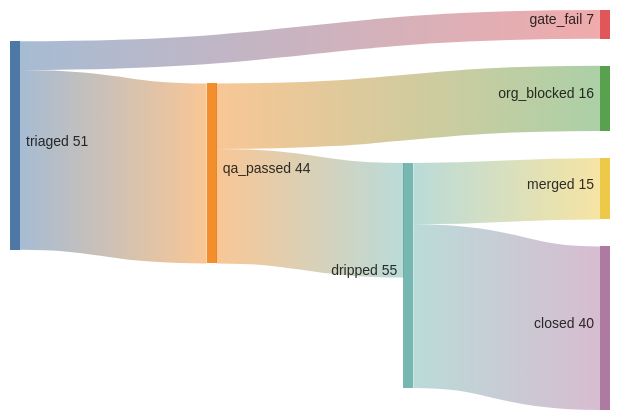
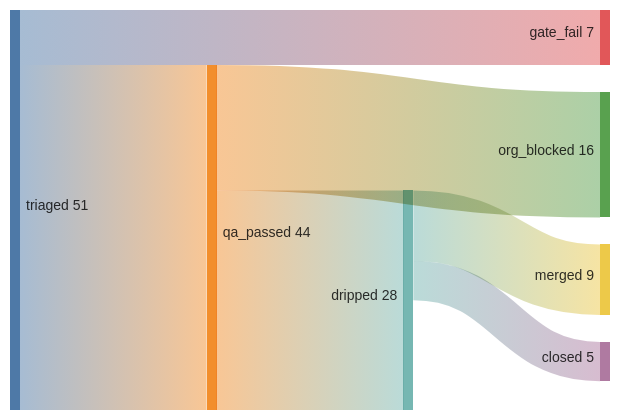
One commit to kimjune01/kimjune01 changed the diagram in README.md. Above: the diagram before and after it, drawn with Mermaid. The commit also changed other lines of this file, not shown here.

````diff
--- a/README.md
+++ b/README.md
@@ -5,9 +5,9 @@
 ```mermaid
 sankey-beta
     triaged, qa_passed, 44
     triaged, gate_fail, 7
     qa_passed, dripped, 28
     qa_passed, org_blocked, 16
-    dripped, merged, 15
-    dripped, closed, 40
+    dripped, merged, 9
+    dripped, closed, 5
 ```
````
